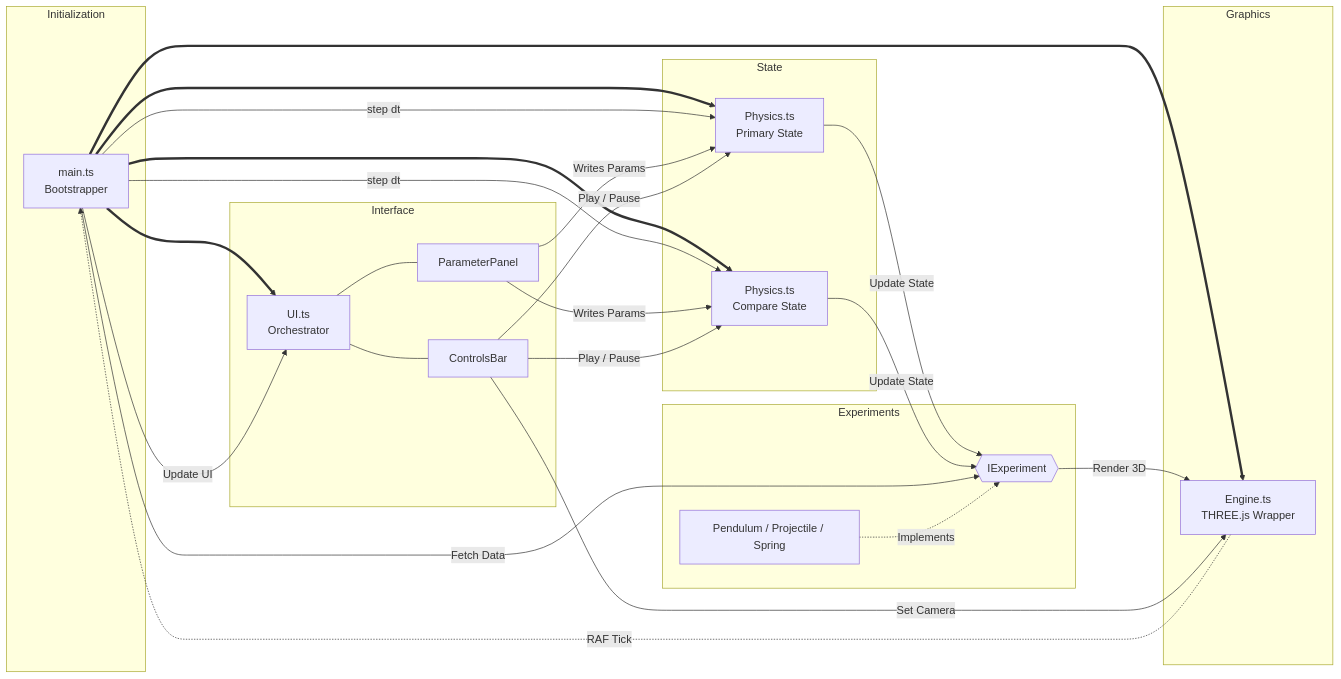
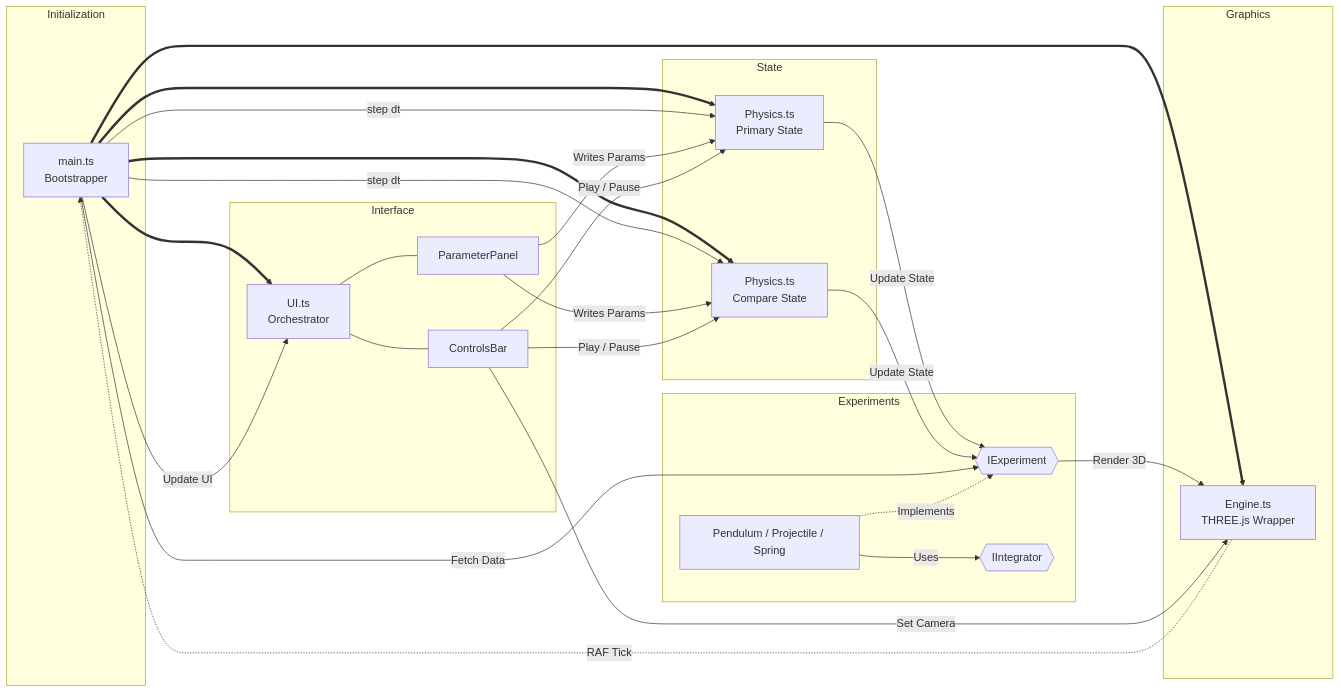
Before and after one commit to MahmoudMamdouh3/praxilabs-physics-experiments: the diagram in docs/architecture.md, drawn with Mermaid. The commit also changed other lines of this file and 3 other files, not shown here.

First line of the commit message:
Update documentation to reflect latest architecture and features

````diff
--- a/docs/architecture.md
+++ b/docs/architecture.md
@@ -10,47 +10,49 @@
 ```mermaid
 flowchart LR
     subgraph Initialization
         Main[main.ts<br>Bootstrapper]
     end
 
     subgraph Graphics
         Engine[Engine.ts<br>THREE.js Wrapper]
     end
 
     subgraph State
         PhysA[Physics.ts<br>Primary State]
         PhysB[Physics.ts<br>Compare State]
     end
 
     subgraph Interface
         UIOrch[UI.ts<br>Orchestrator]
         Panel[ParameterPanel]
         Controls[ControlsBar]
     end
 
     subgraph Experiments
         IExp{{IExperiment}}
         Impl[Pendulum / Projectile / Spring]
+        Integrator{{IIntegrator}}
     end
 
     %% Bootstrapping
     Main ==> Engine
     Main ==> PhysA & PhysB
     Main ==> UIOrch
 
     %% The Loop
     Engine -.->|RAF Tick| Main
     Main -->|step dt| PhysA & PhysB
     PhysA & PhysB -->|Update State| IExp
     IExp -->|Render 3D| Engine
     Main -->|Fetch Data| IExp
     Main -->|Update UI| UIOrch
 
     %% UI Interaction
     UIOrch --- Panel & Controls
     Panel -->|Writes Params| PhysA & PhysB
     Controls -->|Play / Pause| PhysA & PhysB
     Controls -->|Set Camera| Engine
 
     Impl -.->|Implements| IExp
+    Impl -->|Uses| Integrator
 ```
````
